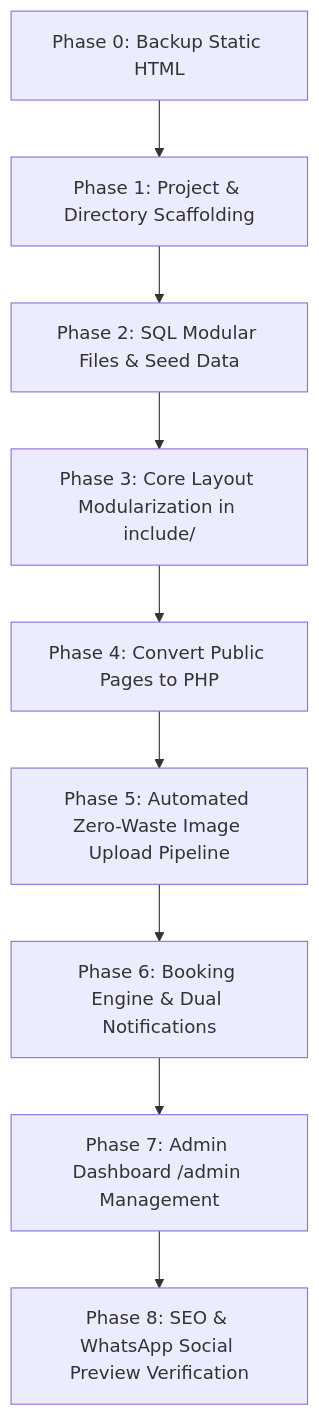
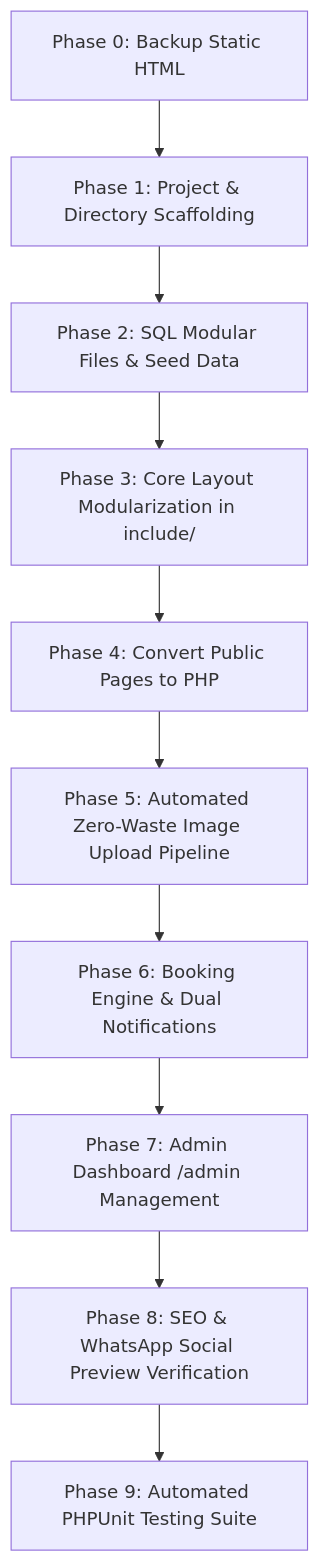
One commit to timenyin/Tiano-Hotel-Suites-Mangament- changed the diagram in doc/PHP_MIGRATION_AND_EXECUTION_STEPS.md. Above: the diagram before and after it, drawn with Mermaid. The commit also changed other lines of this file and 14 other files, not shown here.

Commit message:
feat(seo-audit): complete search console audit, testimonials page, and Phase 9 PHPUnit testing suite

````diff
--- a/doc/PHP_MIGRATION_AND_EXECUTION_STEPS.md
+++ b/doc/PHP_MIGRATION_AND_EXECUTION_STEPS.md
@@ -150,11 +151,12 @@
 ```mermaid
 flowchart TD
     P0[Phase 0: Backup Static HTML] --> P1[Phase 1: Project & Directory Scaffolding]
     P1 --> P2[Phase 2: SQL Modular Files & Seed Data]
     P2 --> P3[Phase 3: Core Layout Modularization in include/]
     P3 --> P4[Phase 4: Convert Public Pages to PHP]
     P4 --> P5[Phase 5: Automated Zero-Waste Image Upload Pipeline]
     P5 --> P6[Phase 6: Booking Engine & Dual Notifications]
     P6 --> P7[Phase 7: Admin Dashboard /admin Management]
     P7 --> P8[Phase 8: SEO & WhatsApp Social Preview Verification]
+    P8 --> P9[Phase 9: Automated PHPUnit Testing Suite]
 ```
````
